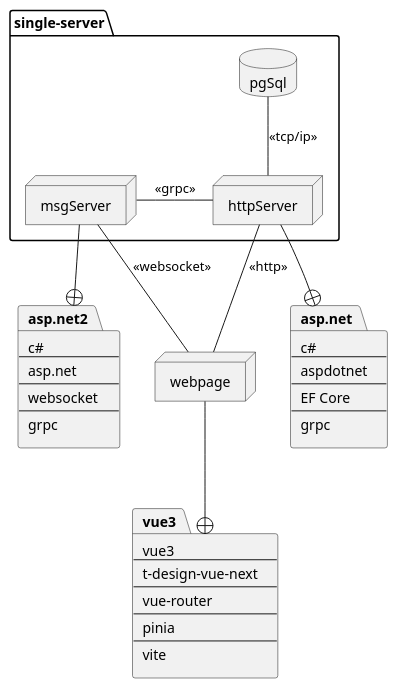
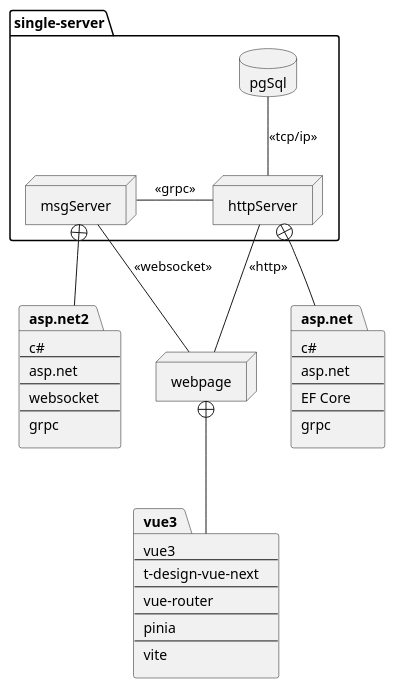
The diagram in docs/tech/OOAna&Design_ca/5-UML/3.部署图.md (zerlei/me), drawn with PlantUML before and after one commit. The commit also changed 16 other files, not shown here.

````diff
--- a/docs/tech/OOAna&Design_ca/5-UML/3.部署图.md
+++ b/docs/tech/OOAna&Design_ca/5-UML/3.部署图.md
@@ -20,54 +20,54 @@
 ```plantuml
 
 package single-server {
 
 database pgSql 
 
 node httpServer
 
 node msgServer
 }
 
 node webpage
 
 package vue3 [
 vue3
 ----
 t-design-vue-next
 ----
 vue-router
 ----
 pinia
 ----
 vite
 ]
 package asp.net [
 c#
 ----
-aspdotnet
+asp.net
 ----
 EF Core
 ----
 grpc
 ]
 package asp.net2 [
 c#
 ----
 asp.net 
 ----
 websocket
 ----
 grpc
 ]
-webpage --+ vue3
+webpage +-- vue3
 
-httpServer --+asp.net
+httpServer +-- asp.net
 
-msgServer --+asp.net2
+msgServer +-- asp.net2
 httpServer -left- msgServer:<<grpc>>
 pgSql -- httpServer:<<tcp/ip>>
 
 httpServer -- webpage:<<http>>
 
 msgServer -- webpage:<<websocket>>
 ```
````
